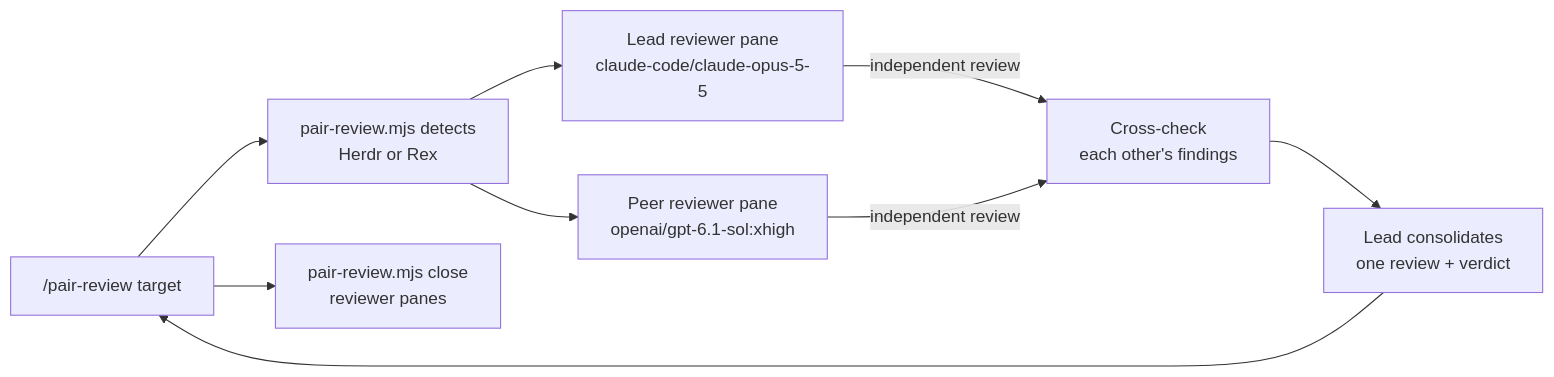
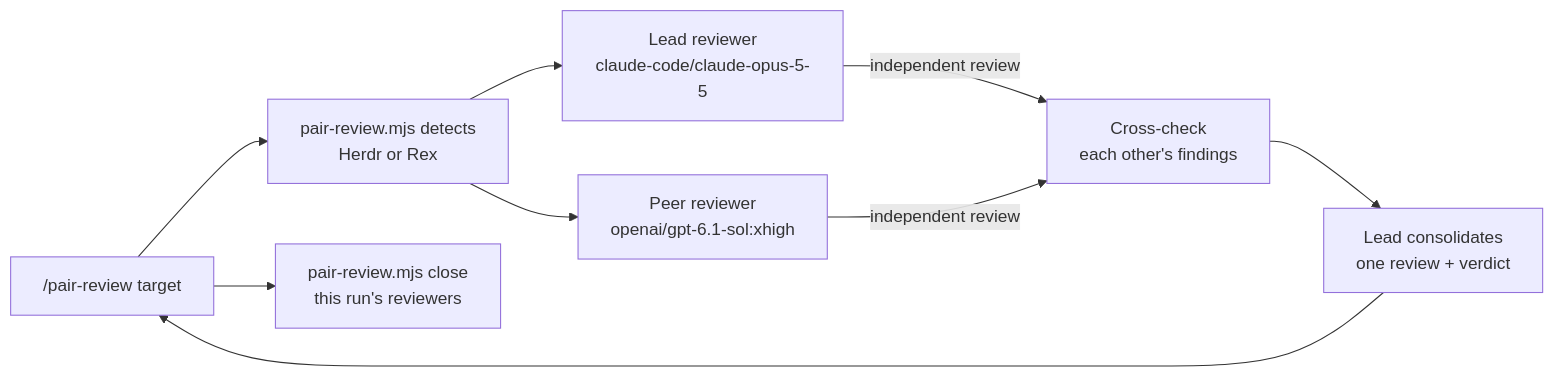
The diagram in skills/pair-review/SKILL.md (ulvestuen/pi-kit), drawn with Mermaid before and after one commit. The commit also changed other lines of this file and 13 other files, not shown here.

First line of the commit message:
Support Herdr over SSH in pair, pair-review, and pair-work

````diff
--- a/skills/pair-review/SKILL.md
+++ b/skills/pair-review/SKILL.md
@@ -8,10 +8,10 @@
 ```mermaid
 flowchart LR
     you["/pair-review target"] --> detect["pair-review.mjs detects<br/>Herdr or Rex"]
-    detect --> lead["Lead reviewer pane<br/>claude-code/claude-opus-5-5"]
-    detect --> peer["Peer reviewer pane<br/>openai/gpt-6.1-sol:xhigh"]
+    detect --> lead["Lead reviewer<br/>claude-code/claude-opus-5-5"]
+    detect --> peer["Peer reviewer<br/>openai/gpt-6.1-sol:xhigh"]
     lead -- "independent review" --> cross["Cross-check<br/>each other's findings"]
     peer -- "independent review" --> cross
     cross --> final["Lead consolidates<br/>one review + verdict"] --> you
-    you --> close["pair-review.mjs close<br/>reviewer panes"]
+    you --> close["pair-review.mjs close<br/>this run's reviewers"]
 ```
````
